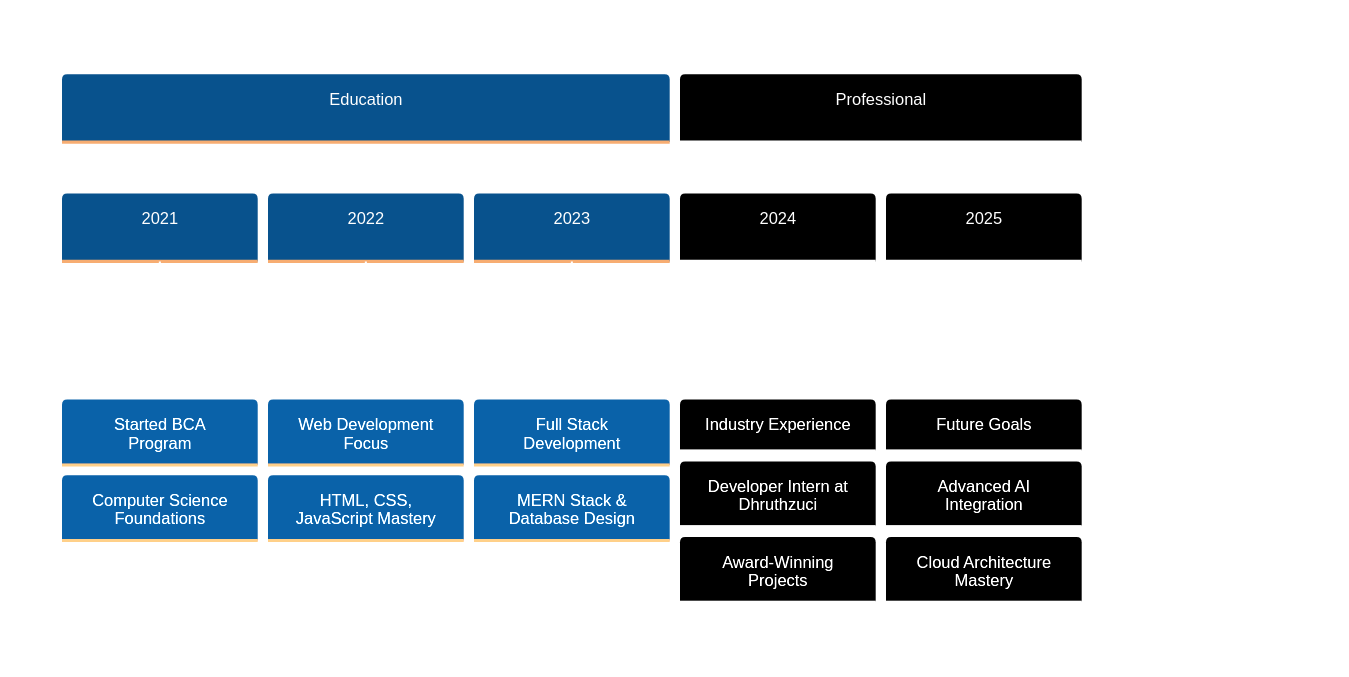
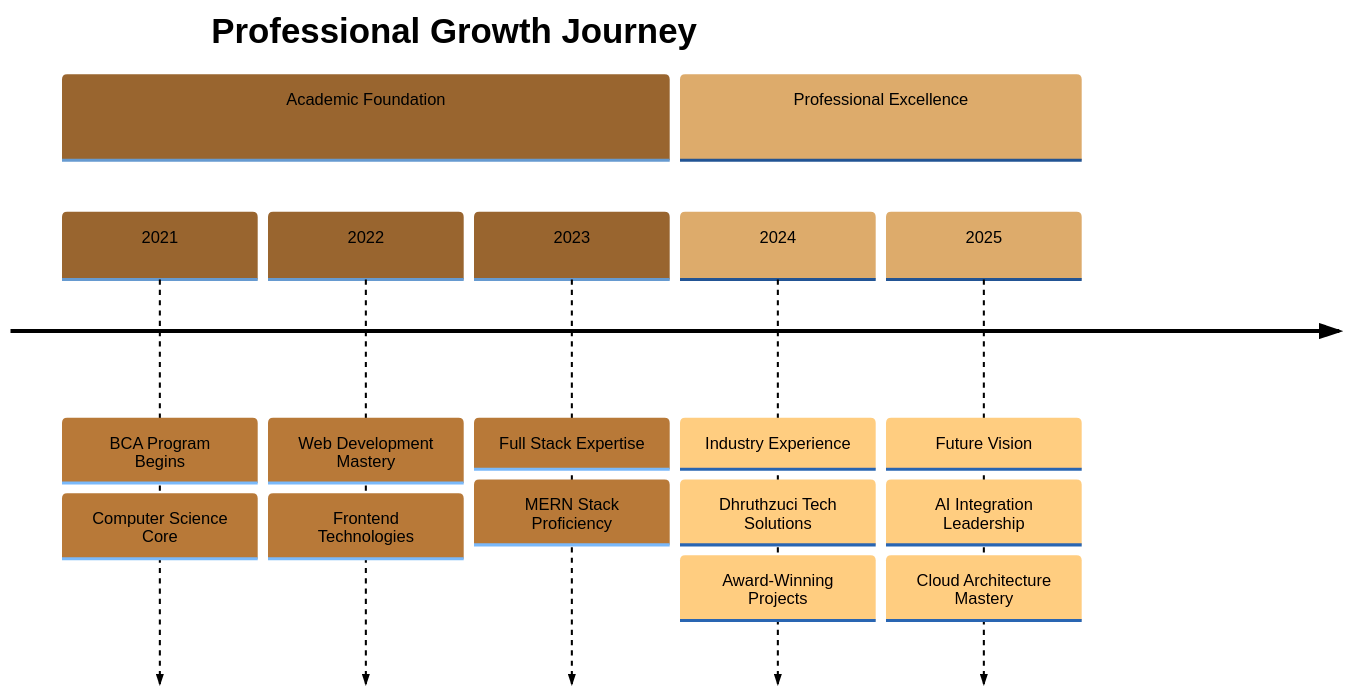
One commit to Lalith-04/Lalith-04 changed the diagram in README.md. Above: the diagram before and after it, drawn with Mermaid. The commit also changed other lines of this file, not shown here.

````diff
--- a/README.md
+++ b/README.md
@@ -127,19 +176,19 @@
 ```mermaid
-%%{init: {'theme':'base', 'themeVariables': { 'primaryColor': '#2196F3', 'primaryTextColor': '#fff', 'primaryBorderColor': '#2196F3', 'lineColor': '#2196F3', 'secondaryColor': '#006100', 'tertiaryColor': '#fff'}}}%%
+%%{init: {'theme':'base', 'themeVariables': { 'primaryColor': '#D4A574', 'primaryTextColor': '#000', 'primaryBorderColor': '#C8956D', 'lineColor': '#8B7355', 'secondaryColor': '#F5E6D3', 'tertiaryColor': '#FFF8F0'}}}%%
 timeline
-    title Professional & Academic Journey
-    section Education
-        2021 : Started BCA Program
-             : Computer Science Foundations
-        2022 : Web Development Focus
-             : HTML, CSS, JavaScript Mastery
-        2023 : Full Stack Development
-             : MERN Stack & Database Design
-    section Professional
+    title Professional Growth Journey
+    section Academic Foundation
+        2021 : BCA Program Begins
+             : Computer Science Core
+        2022 : Web Development Mastery
+             : Frontend Technologies
+        2023 : Full Stack Expertise
+             : MERN Stack Proficiency
+    section Professional Excellence
         2024 : Industry Experience
-             : Developer Intern at Dhruthzuci
+             : Dhruthzuci Tech Solutions
              : Award-Winning Projects
-        2025 : Future Goals
-             : Advanced AI Integration
+        2025 : Future Vision
+             : AI Integration Leadership
              : Cloud Architecture Mastery
 ```
````
